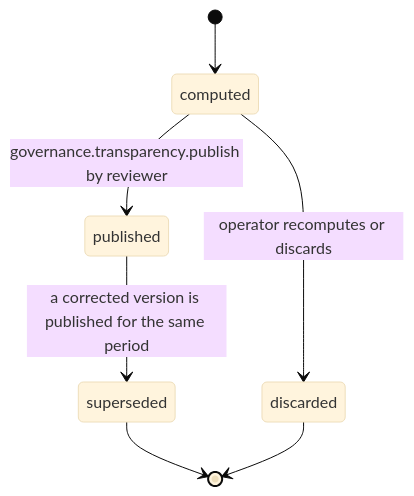
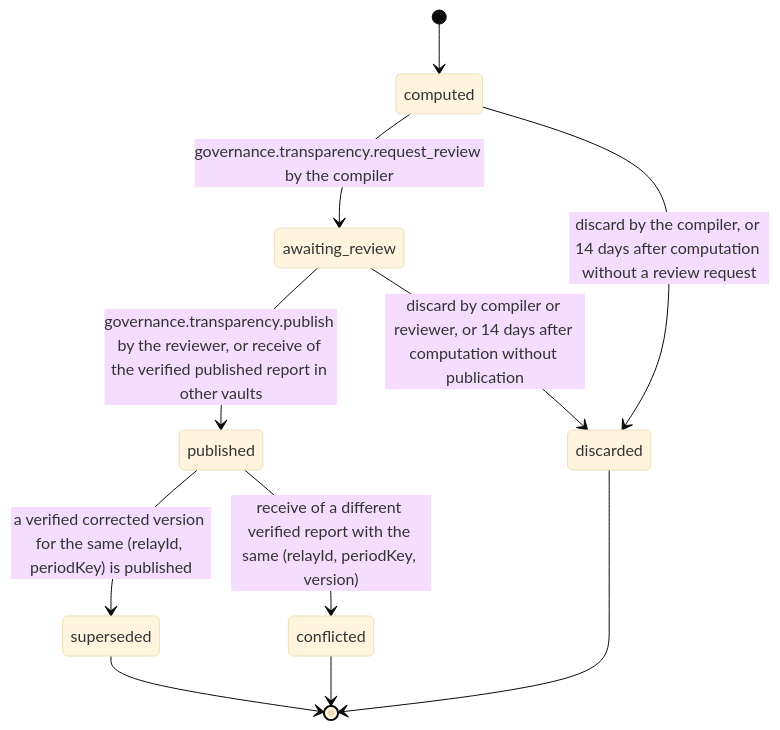
The diagram in 18_Governance/02_community/mod_transparency/workflow_state_machine.md (djshellshoxxx/CLASSifiedisRUPTed), drawn with Mermaid (base theme) before and after one commit. The commit also changed other lines of this file and 64 other files, not shown here.

````diff
--- a/18_Governance/02_community/mod_transparency/workflow_state_machine.md
+++ b/18_Governance/02_community/mod_transparency/workflow_state_machine.md
@@ -25,9 +29,13 @@
 ```mermaid
 stateDiagram-v2
   [*] --> computed
-  computed --> published: governance.transparency.publish by reviewer
-  computed --> discarded: operator recomputes or discards
-  published --> superseded: a corrected version is published for the same period
+  computed --> awaiting_review: governance.transparency.request_review by the compiler
+  computed --> discarded: discard by the compiler, or 14 days after computation without a review request
+  awaiting_review --> published: governance.transparency.publish by the reviewer, or receive of the verified published report in other vaults
+  awaiting_review --> discarded: discard by compiler or reviewer, or 14 days after computation without publication
+  published --> superseded: a verified corrected version for the same (relayId, periodKey) is published
+  published --> conflicted: receive of a different verified report with the same (relayId, periodKey, version)
   superseded --> [*]
   discarded --> [*]
+  conflicted --> [*]
 ```
````
